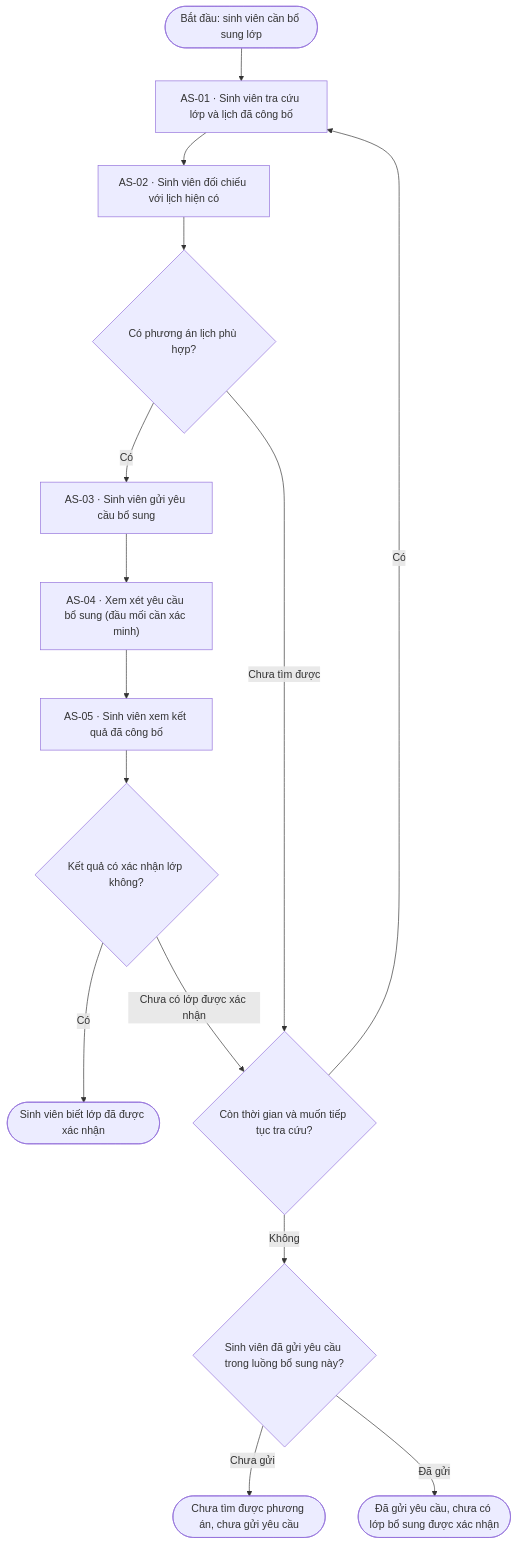
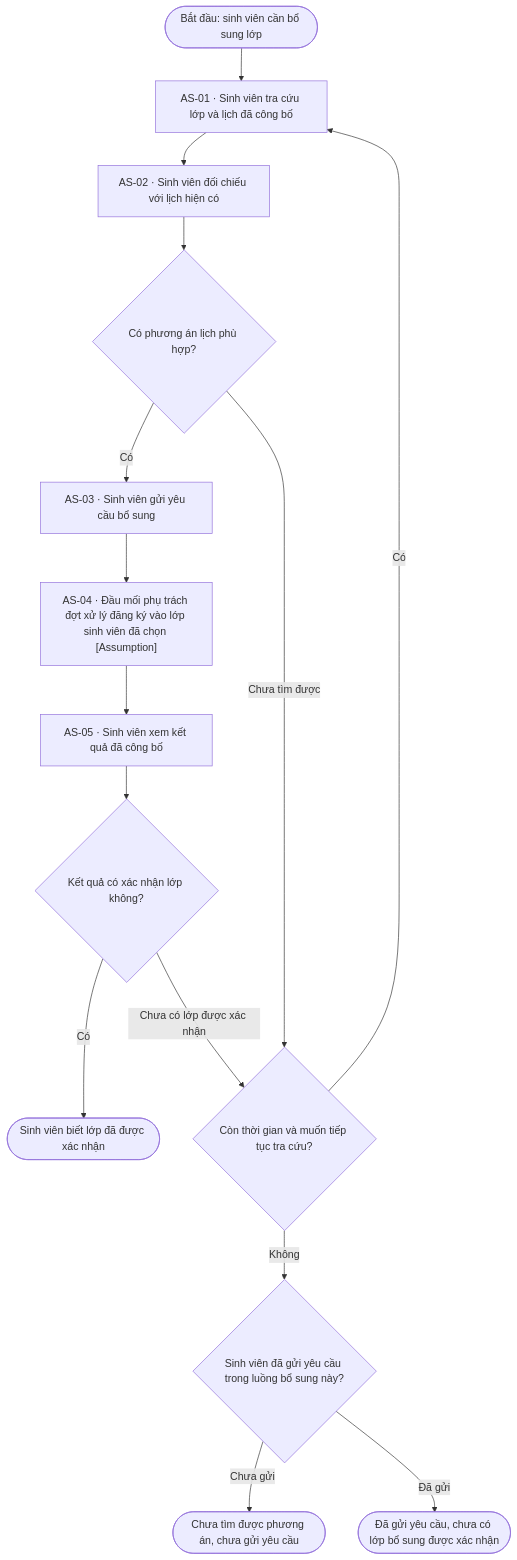
Before and after one commit to cacancap/IT3120_QuanLyDaoTao: the first of 2 diagrams in lab-02/01-MoHinhNghiepVu.md, drawn with Mermaid. The commit also changed other lines of this file, not shown here.

Commit message:
Clarify Evidences

````diff
--- a/lab-02/01-MoHinhNghiepVu.md
+++ b/lab-02/01-MoHinhNghiepVu.md
@@ -22,25 +22,25 @@
 ```mermaid
 flowchart TD
     S(["Bắt đầu: sinh viên cần bổ sung lớp"])
     A1["AS-01 · Sinh viên tra cứu lớp và lịch đã công bố"]
     A2["AS-02 · Sinh viên đối chiếu với lịch hiện có"]
     D1{"Có phương án lịch phù hợp?"}
     A3["AS-03 · Sinh viên gửi yêu cầu bổ sung"]
-    A4["AS-04 · Xem xét yêu cầu bổ sung (đầu mối cần xác minh)"]
+    A4["AS-04 · Đầu mối phụ trách đợt xử lý đăng ký vào lớp sinh viên đã chọn [Assumption]"]
     A5["AS-05 · Sinh viên xem kết quả đã công bố"]
     D2{"Kết quả có xác nhận lớp không?"}
     D3{"Còn thời gian và muốn tiếp tục tra cứu?"}
     D4{"Sinh viên đã gửi yêu cầu trong luồng bổ sung này?"}
     Y(["Sinh viên biết lớp đã được xác nhận"])
     N1(["Chưa tìm được phương án, chưa gửi yêu cầu"])
     N2(["Đã gửi yêu cầu, chưa có lớp bổ sung được xác nhận"])
     S --> A1 --> A2 --> D1
     D1 -->|Có| A3 --> A4 --> A5 --> D2
     D1 -->|Chưa tìm được| D3
     D2 -->|Có| Y
     D2 -->|Chưa có lớp được xác nhận| D3
     D3 -->|Có| A1
     D3 -->|Không| D4
     D4 -->|Chưa gửi| N1
     D4 -->|Đã gửi| N2
 ```
````
